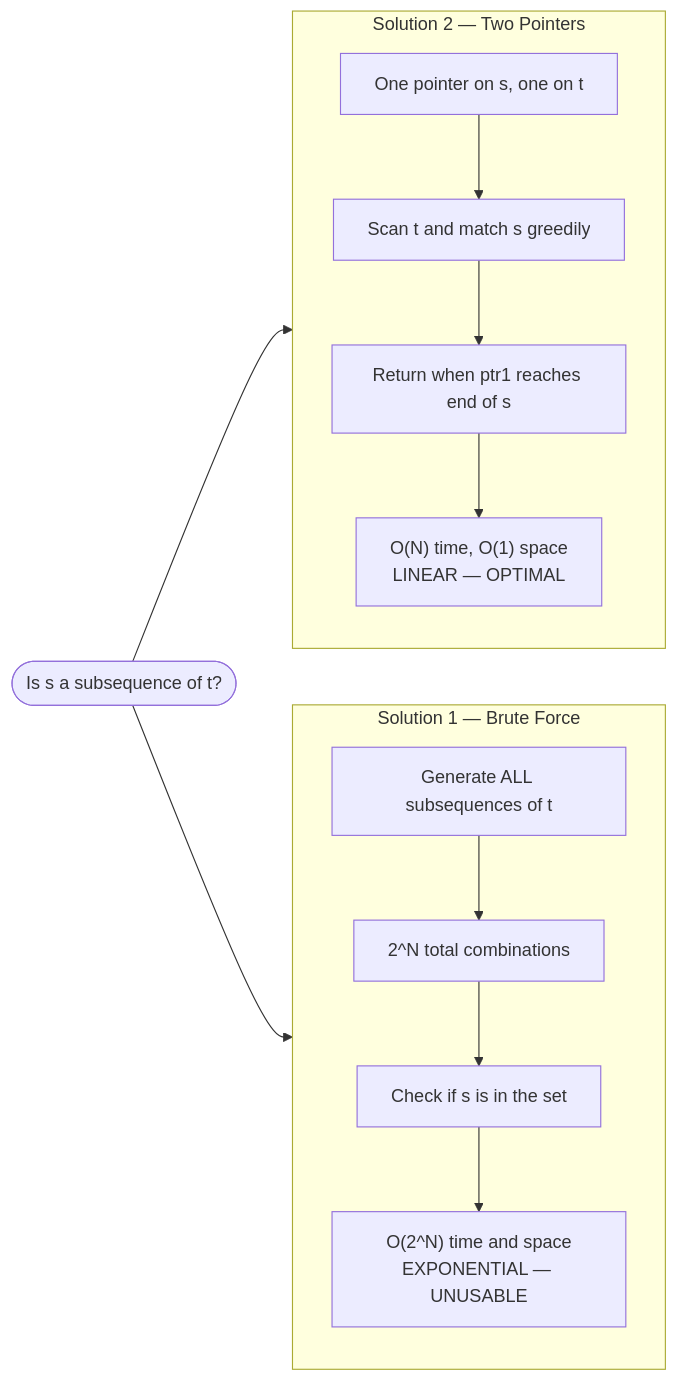
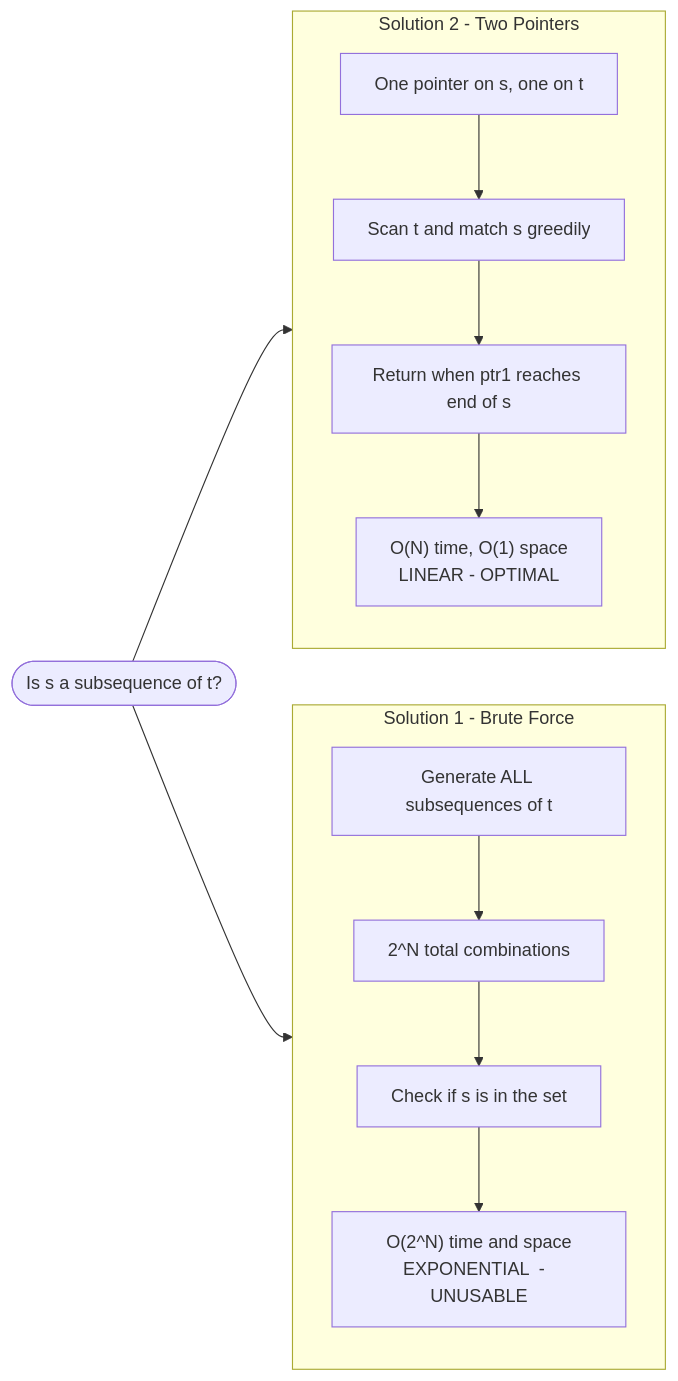
The third of 10 diagrams in 06 - Is Subsequence/README.md (M-F-Tushar/LeetCode-Problem-Solving), drawn with Mermaid before and after one commit. The commit also changed other lines of this file and 6 other files, not shown here.

Commit message:
fix diagram rendering

````diff
--- a/06 - Is Subsequence/README.md
+++ b/06 - Is Subsequence/README.md
@@ -134,15 +134,15 @@
 ```mermaid
 flowchart LR
     PROB(["Is s a subsequence of t?"]) --> B1 & T1
 
-    subgraph BF ["Solution 1 — Brute Force"]
+    subgraph BF ["Solution 1  -  Brute Force"]
         direction TB
-        B1["Generate ALL subsequences of t"] --> B2["2^N total combinations"] --> B3["Check if s is in the set"] --> BF_R["O(2^N) time and space\nEXPONENTIAL — UNUSABLE"]
+        B1["Generate ALL subsequences of t"] --> B2["2^N total combinations"] --> B3["Check if s is in the set"] --> BF_R["O(2^N) time and space\nEXPONENTIAL  -  UNUSABLE"]
     end
 
-    subgraph TP ["Solution 2 — Two Pointers"]
+    subgraph TP ["Solution 2  -  Two Pointers"]
         direction TB
-        T1["One pointer on s, one on t"] --> T2["Scan t and match s greedily"] --> T3["Return when ptr1 reaches end of s"] --> TP_R["O(N) time, O(1) space\nLINEAR — OPTIMAL"]
+        T1["One pointer on s, one on t"] --> T2["Scan t and match s greedily"] --> T3["Return when ptr1 reaches end of s"] --> TP_R["O(N) time, O(1) space\nLINEAR  -  OPTIMAL"]
     end
 
 ```
````
